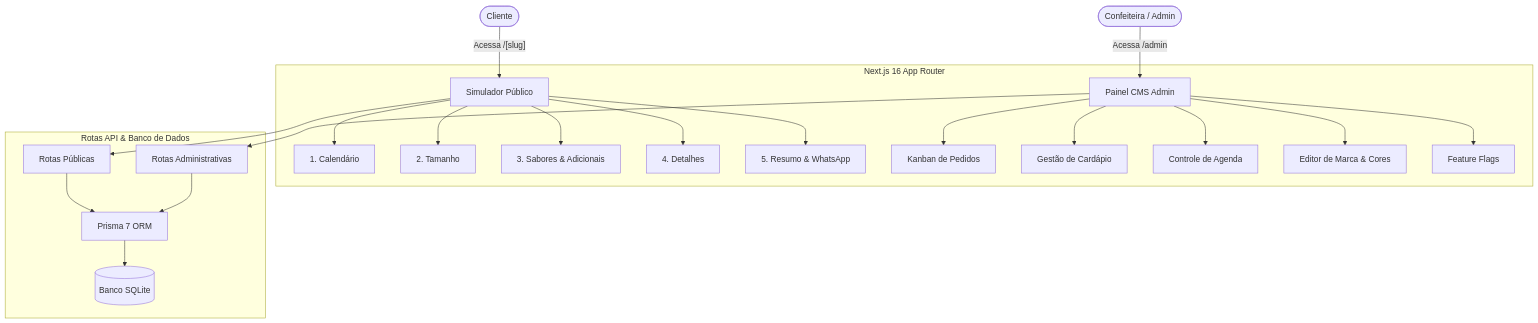
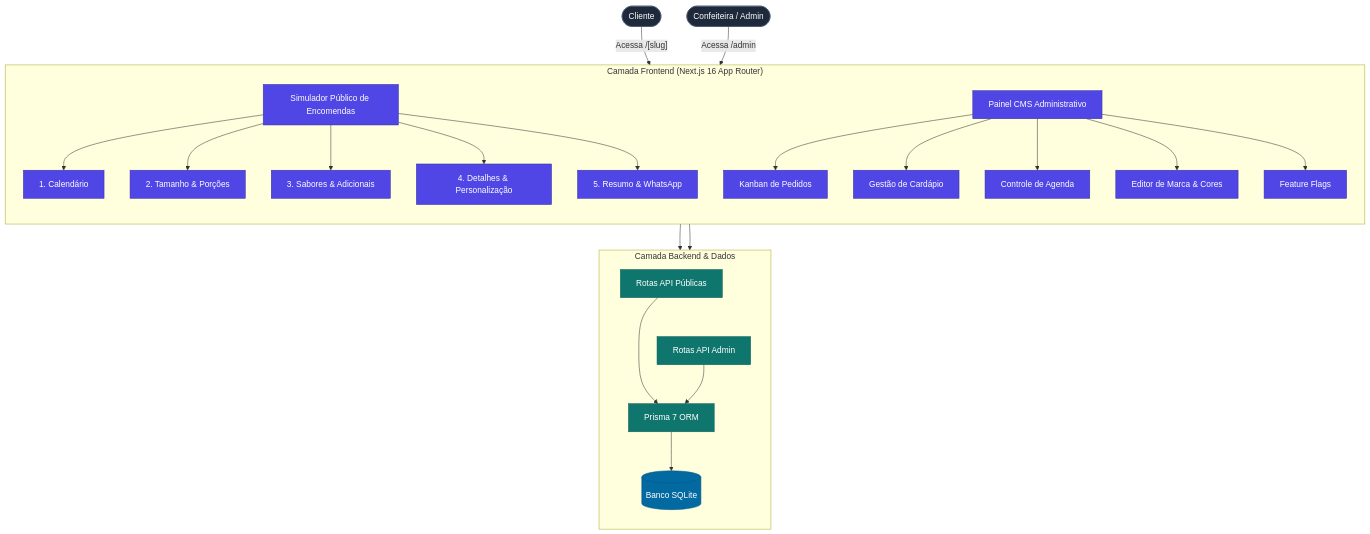
The diagram in README.pt-BR.md (Gyliardson/lmere-studio), drawn with Mermaid before and after one commit. The commit also changed 4 other files, not shown here.

Commit message:
docs: improve mermaid architecture diagrams alignment and styling

````diff
--- a/README.pt-BR.md
+++ b/README.pt-BR.md
@@ -65,39 +65,64 @@
 ```mermaid
-graph TD
-    User(["Cliente"])
-    Admin(["Confeiteira / Admin"])
+flowchart TD
+    Customer(["Cliente"])
+    Owner(["Confeiteira / Admin"])
 
-    subgraph Frontend ["Next.js 16 App Router"]
-        Simulator["Simulador Público"]
-        CMS["Painel CMS Admin"]
+    subgraph Frontend["Camada Frontend (Next.js 16 App Router)"]
+        direction TD
+        Simulator["Simulador Público de Encomendas"]
+        CMS["Painel CMS Administrativo"]
         
-        Simulator --> Step1["1. Calendário"]
-        Simulator --> Step2["2. Tamanho"]
-        Simulator --> Step3["3. Sabores & Adicionais"]
-        Simulator --> Step4["4. Detalhes"]
-        Simulator --> Step5["5. Resumo & WhatsApp"]
+        S1["1. Calendário"]
+        S2["2. Tamanho & Porções"]
+        S3["3. Sabores & Adicionais"]
+        S4["4. Detalhes & Personalização"]
+        S5["5. Resumo & WhatsApp"]
 
-        CMS --> Orders["Kanban de Pedidos"]
-        CMS --> Menu["Gestão de Cardápio"]
-        CMS --> Schedule["Controle de Agenda"]
-        CMS --> Brand["Editor de Marca & Cores"]
-        CMS --> Flags["Feature Flags"]
+        M1["Kanban de Pedidos"]
+        M2["Gestão de Cardápio"]
+        M3["Controle de Agenda"]
+        M4["Editor de Marca & Cores"]
+        M5["Feature Flags"]
+
+        Simulator --> S1
+        Simulator --> S2
+        Simulator --> S3
+        Simulator --> S4
+        Simulator --> S5
+
+        CMS --> M1
+        CMS --> M2
+        CMS --> M3
+        CMS --> M4
+        CMS --> M5
     end
 
-    subgraph Backend ["Rotas API & Banco de Dados"]
-        API_Public["Rotas Públicas"]
-        API_Admin["Rotas Administrativas"]
-        Prisma["Prisma 7 ORM"]
-        SQLite[("Banco SQLite")]
-        
-        API_Public --> Prisma
-        API_Admin --> Prisma
-        Prisma --> SQLite
+    subgraph Backend["Camada Backend & Dados"]
+        direction TD
+        APIPub["Rotas API Públicas"]
+        APIAdm["Rotas API Admin"]
+        ORM["Prisma 7 ORM"]
+        DB[("Banco SQLite")]
+
+        APIPub ~~~ APIAdm
+        APIPub --> ORM
+        APIAdm --> ORM
+        ORM --> DB
     end
 
-    User -->|"Acessa /[slug]"| Simulator
-    Admin -->|"Acessa /admin"| CMS
+    Customer -->|"Acessa /[slug]"| Simulator
+    Owner -->|"Acessa /admin"| CMS
 
-    Simulator --> API_Public
-    CMS --> API_Admin
+    Simulator --> APIPub
+    CMS --> APIAdm
+
+    classDef actor fill:#1e293b,stroke:#475569,color:#ffffff;
+    classDef fe fill:#4f46e5,stroke:#3730a3,color:#ffffff;
+    classDef be fill:#0f766e,stroke:#115e59,color:#ffffff;
+    classDef db fill:#0369a1,stroke:#075985,color:#ffffff;
+
+    class Customer,Owner actor;
+    class Simulator,CMS,S1,S2,S3,S4,S5,M1,M2,M3,M4,M5 fe;
+    class APIPub,APIAdm,ORM be;
+    class DB db;
 ```
````
